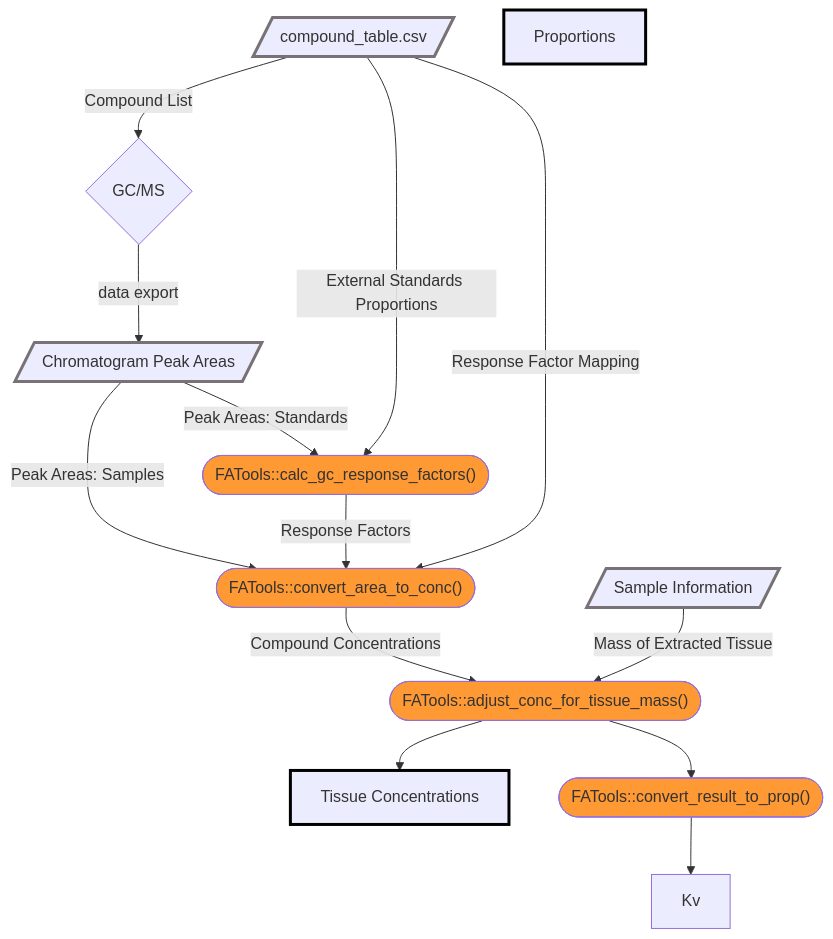
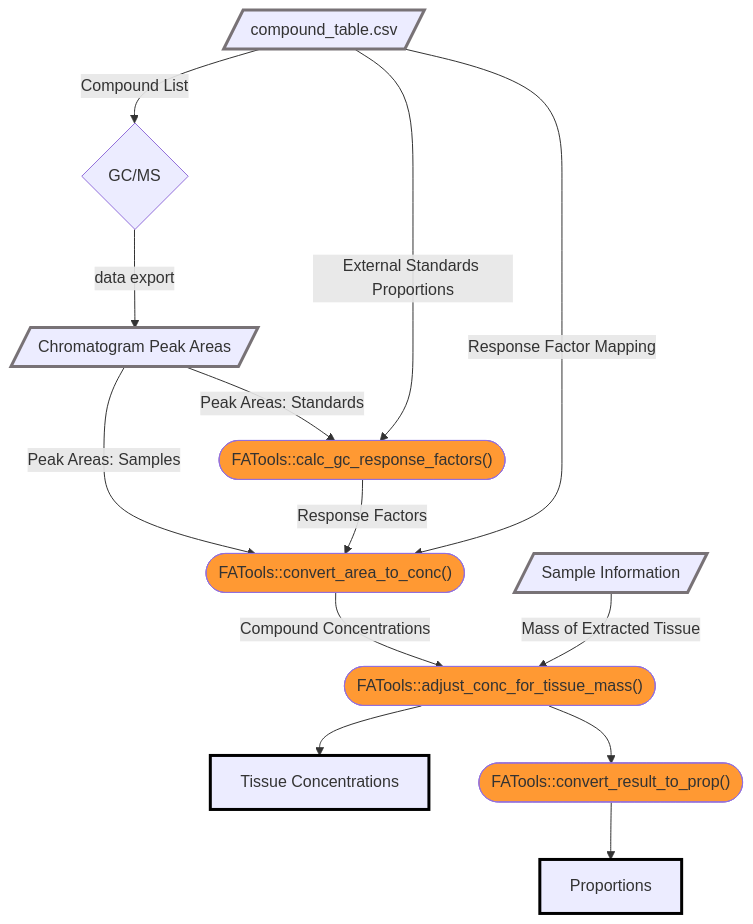
The diagram in README.md (miketommus/example-fatty-acid-analysis), drawn with Mermaid before and after one commit.

Commit message:
Fix flowchart

````diff
--- a/README.md
+++ b/README.md
@@ -36,30 +36,30 @@
 ```mermaid
 flowchart TD
 A{GC/MS}
 B[/Chromatogram Peak Areas/]:::data
 C(["FATools::calc_gc_response_factors()"]):::func
 D(["FATools::convert_area_to_conc()"]):::func
 F[/"compound_table.csv"/]:::data
 H(["FATools::adjust_conc_for_tissue_mass()"]):::func
 I[/"Sample Information"/]:::data
 J["Tissue Concentrations"]:::result
 K["Proportions"]:::result
 L(["FATools::convert_result_to_prop()"]):::func
 
 A-->|data export| B
 B -->|"Peak Areas: Standards"| C
 B -->|"Peak Areas: Samples"| D
 C-->|"Response Factors"| D
 D-->|"Compound Concentrations"| H
 F -->|"External Standards Proportions"| C
 F-->|"Response Factor Mapping"|D
 F-->|"Compound List"| A
 I-->|Mass of Extracted Tissue| H
 H--> J
 H--> L
-L--> Kv
+L--> K
 
 classDef data stroke:#787276, stroke-width:3
 classDef result stroke:#000, stroke-width:3
 classDef func fill:#ff9933
 ```
````
